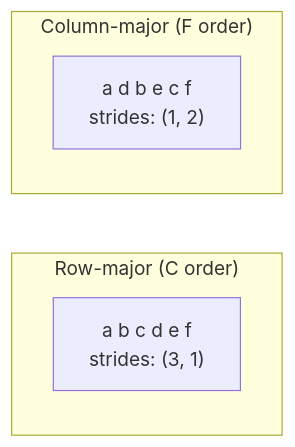
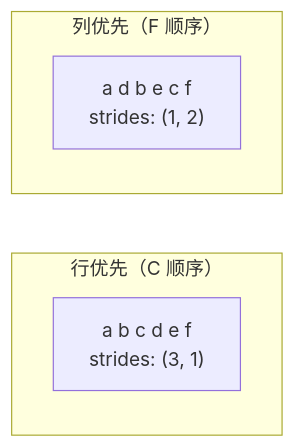
The third of 4 diagrams in phases/01-math-foundations/12-tensor-operations/docs/zh.md (omigaZen/ai-engineering-from-scratch), drawn with Mermaid before and after one commit. The commit also changed other lines of this file, not shown here.

````diff
--- a/phases/01-math-foundations/12-tensor-operations/docs/zh.md
+++ b/phases/01-math-foundations/12-tensor-operations/docs/zh.md
@@ -67,9 +67,9 @@
 ```mermaid
 graph LR
-    subgraph "Row-major (C order)"
+    subgraph "行优先（C 顺序）"
         R["a b c d e f<br/>strides: (3, 1)"]
     end
-    subgraph "Column-major (F order)"
+    subgraph "列优先（F 顺序）"
         C["a d b e c f<br/>strides: (1, 2)"]
     end
 ```
````
